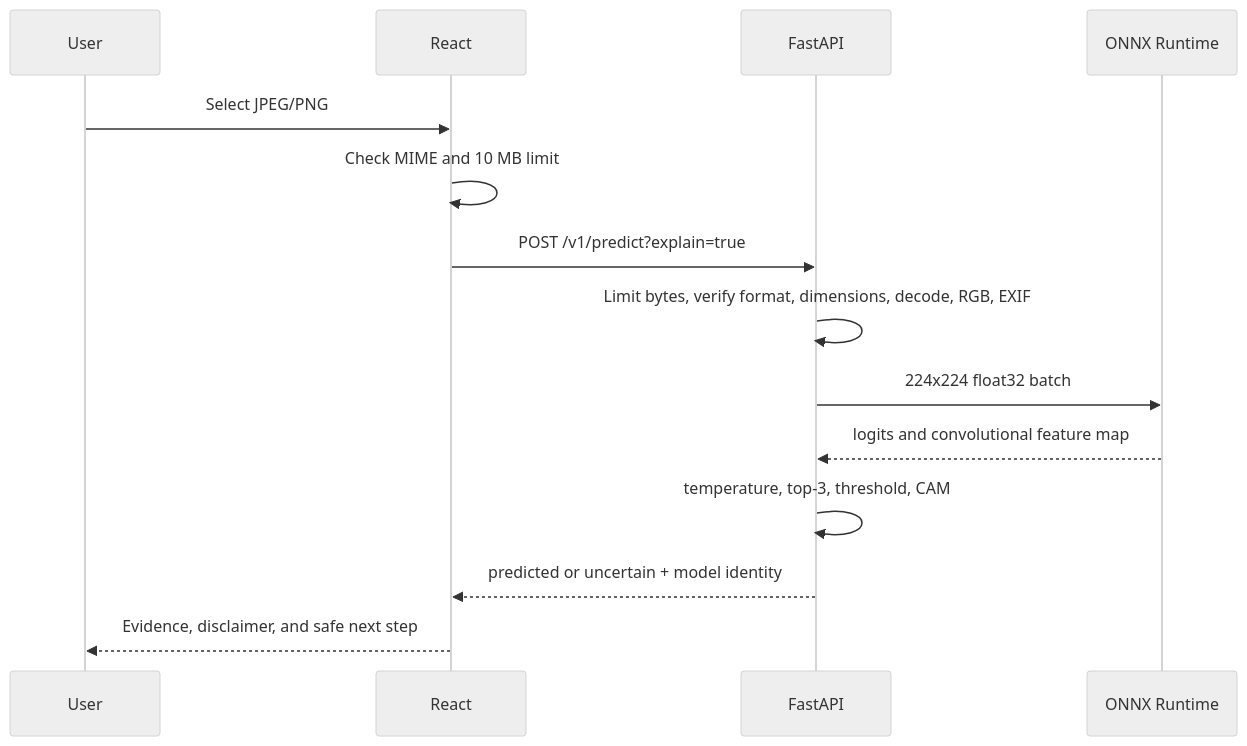
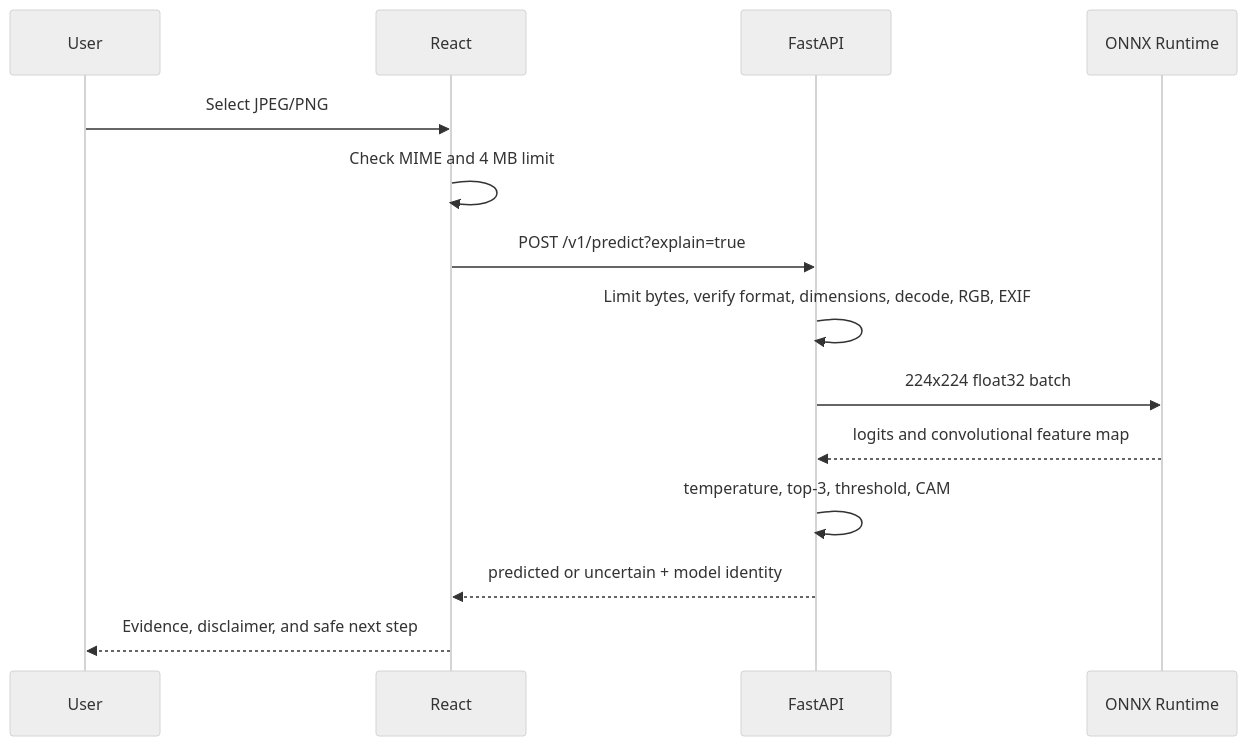
One commit to guvvalakarthik/tomato_disease_prediction_ changed the second of 2 diagrams in docs/ARCHITECTURE.md. Above: the diagram before and after it, drawn with Mermaid (neutral theme). The commit also changed 12 other files, not shown here.

````diff
--- a/docs/ARCHITECTURE.md
+++ b/docs/ARCHITECTURE.md
@@ -31,16 +31,16 @@
 ```mermaid
 sequenceDiagram
   participant User
   participant React
   participant API as FastAPI
   participant Runtime as ONNX Runtime
   User->>React: Select JPEG/PNG
-  React->>React: Check MIME and 10 MB limit
+  React->>React: Check MIME and 4 MB limit
   React->>API: POST /v1/predict?explain=true
   API->>API: Limit bytes, verify format, dimensions, decode, RGB, EXIF
   API->>Runtime: 224x224 float32 batch
   Runtime-->>API: logits and convolutional feature map
   API->>API: temperature, top-3, threshold, CAM
   API-->>React: predicted or uncertain + model identity
   React-->>User: Evidence, disclaimer, and safe next step
 ```
````
